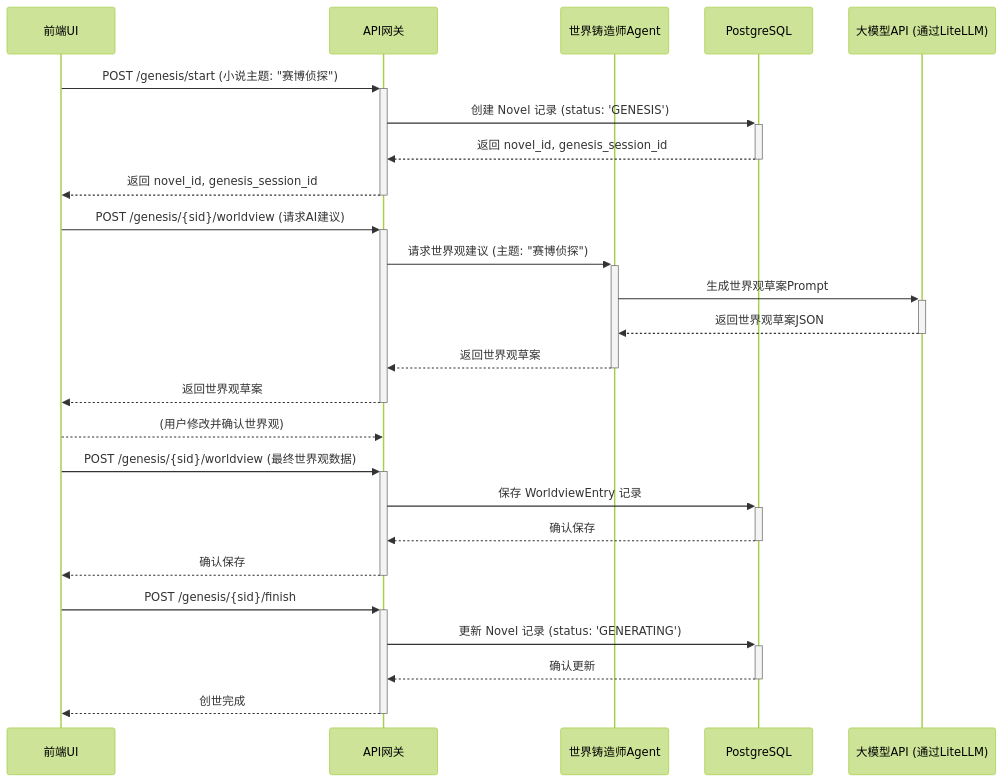
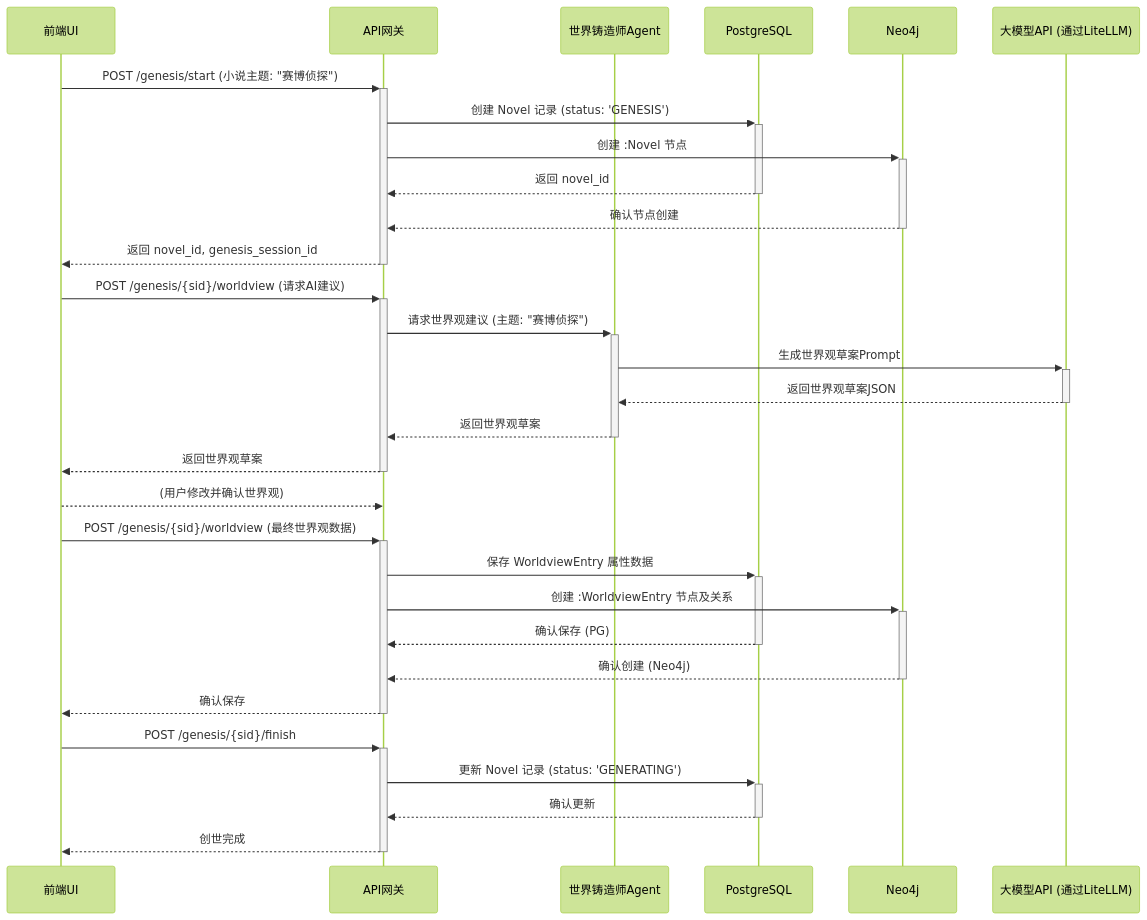
One commit to zhiyue/infinite-scribe changed the third of 5 diagrams in docs/architecture2.md. Above: the diagram before and after it, drawn with Mermaid (forest theme). The commit also changed other lines of this file and 1 other file, not shown here.

First line of the commit message:
Add architecture review document for InfiniteScribe project

````diff
--- a/docs/architecture2.md
+++ b/docs/architecture2.md
@@ -365,31 +453,38 @@
 ```mermaid
 sequenceDiagram
     participant UI as 前端UI
     participant APIGW as API网关
     participant WS_Agent as 世界铸造师Agent
-    participant DB as PostgreSQL
+    participant PG_DB as PostgreSQL
+    participant N4J_DB as Neo4j
     participant LLM as 大模型API (通过LiteLLM)
 
     UI->>+APIGW: POST /genesis/start (小说主题: "赛博侦探")
-    APIGW->>+DB: 创建 Novel 记录 (status: 'GENESIS')
-    DB-->>-APIGW: 返回 novel_id, genesis_session_id
+    APIGW->>+PG_DB: 创建 Novel 记录 (status: 'GENESIS')
+    APIGW->>+N4J_DB: 创建 :Novel 节点
+    PG_DB-->>-APIGW: 返回 novel_id
+    N4J_DB-->>-APIGW: 确认节点创建
     APIGW-->>-UI: 返回 novel_id, genesis_session_id
 
     UI->>+APIGW: POST /genesis/{sid}/worldview (请求AI建议)
     APIGW->>+WS_Agent: 请求世界观建议 (主题: "赛博侦探")
     WS_Agent->>+LLM: 生成世界观草案Prompt
     LLM-->>-WS_Agent: 返回世界观草案JSON
     WS_Agent-->>-APIGW: 返回世界观草案
     APIGW-->>-UI: 返回世界观草案
 
     UI-->>APIGW: (用户修改并确认世界观)
     UI->>+APIGW: POST /genesis/{sid}/worldview (最终世界观数据)
-    APIGW->>+DB: 保存 WorldviewEntry 记录
-    DB-->>-APIGW: 确认保存
+    APIGW->>+PG_DB: 保存 WorldviewEntry 属性数据
+    APIGW->>+N4J_DB: 创建 :WorldviewEntry 节点及关系
+    PG_DB-->>-APIGW: 确认保存 (PG)
+    N4J_DB-->>-APIGW: 确认创建 (Neo4j)
     APIGW-->>-UI: 确认保存
+
     %% ... 角色设定和初始剧情流程类似 ...
+
     UI->>+APIGW: POST /genesis/{sid}/finish
-    APIGW->>+DB: 更新 Novel 记录 (status: 'GENERATING')
-    DB-->>-APIGW: 确认更新
+    APIGW->>+PG_DB: 更新 Novel 记录 (status: 'GENERATING')
+    PG_DB-->>-APIGW: 确认更新
     APIGW-->>-UI: 创世完成
 ```
````
